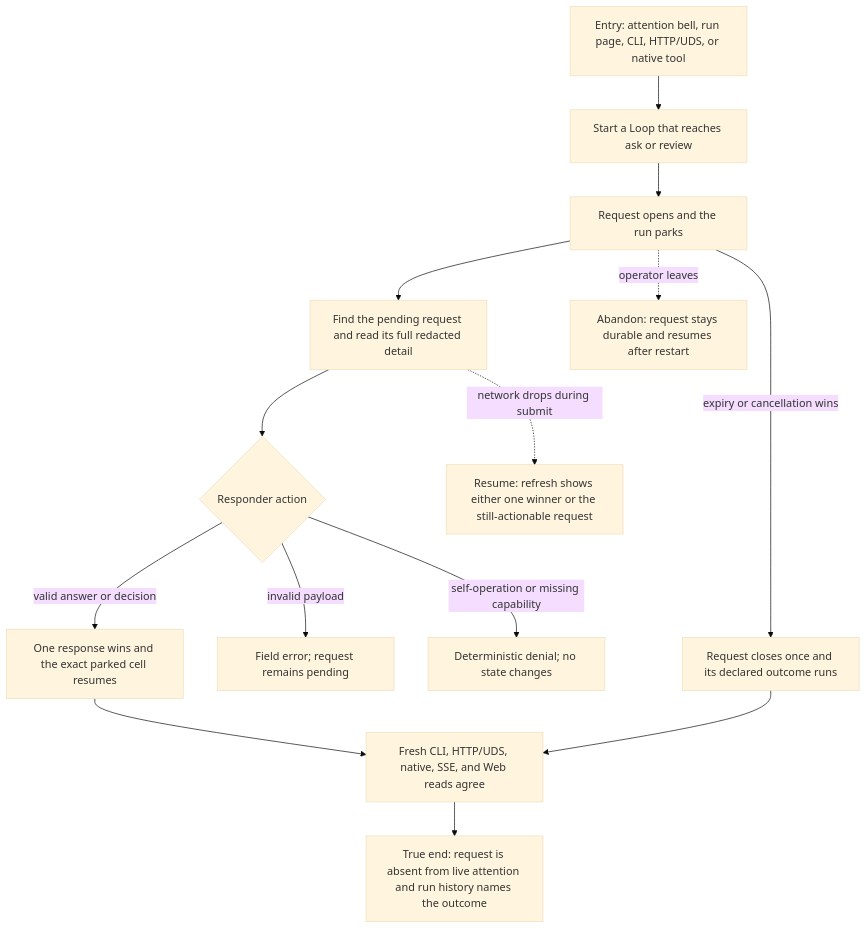
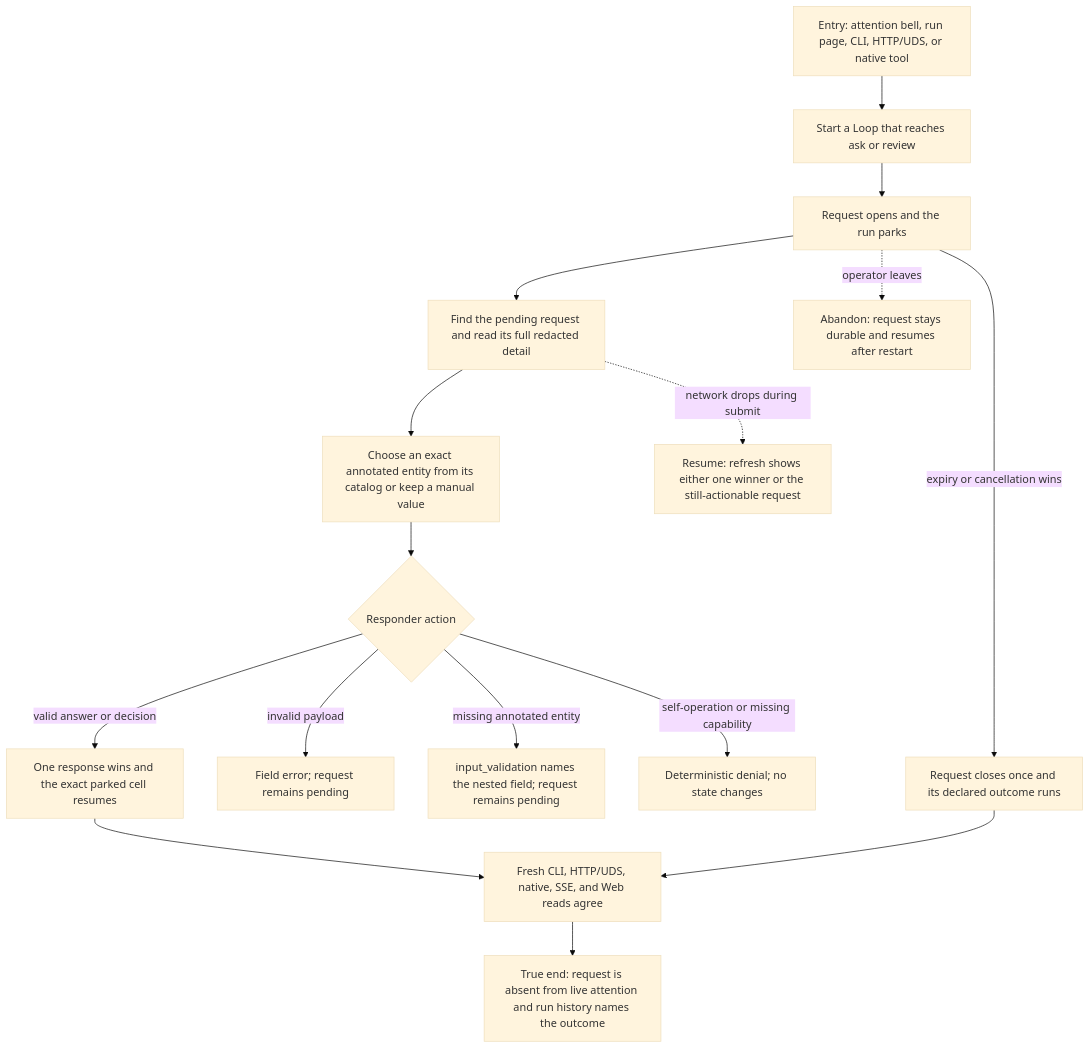
The diagram in docs/qa/journeys/J-supervise-loop-request.md (compozy/compozy), drawn with Mermaid (base theme) before and after one commit. The commit also changed other lines of this file and 153 other files, not shown here.

````diff
--- a/docs/qa/journeys/J-supervise-loop-request.md
+++ b/docs/qa/journeys/J-supervise-loop-request.md
@@ -3,16 +3,18 @@
 ```mermaid
 flowchart TD
     A[Entry: attention bell, run page, CLI, HTTP/UDS, or native tool] --> B[Start a Loop that reaches ask or review]
     B --> C[Request opens and the run parks]
     C --> D[Find the pending request and read its full redacted detail]
-    D --> E{Responder action}
+    D --> D2[Choose an exact annotated entity from its catalog or keep a manual value]
+    D2 --> E{Responder action}
     E -->|valid answer or decision| F[One response wins and the exact parked cell resumes]
     E -->|invalid payload| G[Field error; request remains pending]
+    E -->|missing annotated entity| G2[input_validation names the nested field; request remains pending]
     E -->|self-operation or missing capability| H[Deterministic denial; no state changes]
     C -->|expiry or cancellation wins| I[Request closes once and its declared outcome runs]
     F --> J[Fresh CLI, HTTP/UDS, native, SSE, and Web reads agree]
     I --> J
     J --> K[True end: request is absent from live attention and run history names the outcome]
     C -.->|operator leaves| X1[Abandon: request stays durable and resumes after restart]
     D -.->|network drops during submit| X2[Resume: refresh shows either one winner or the still-actionable request]
 ```
````
